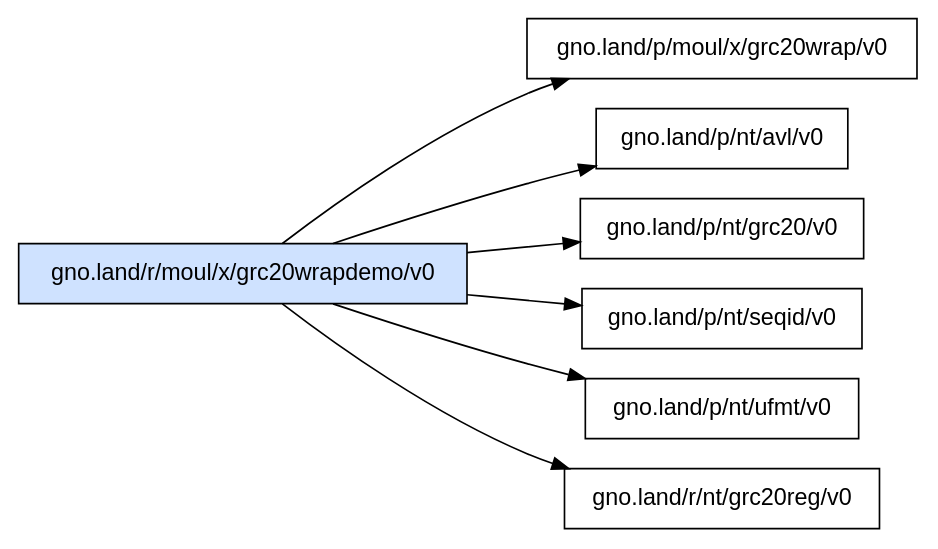
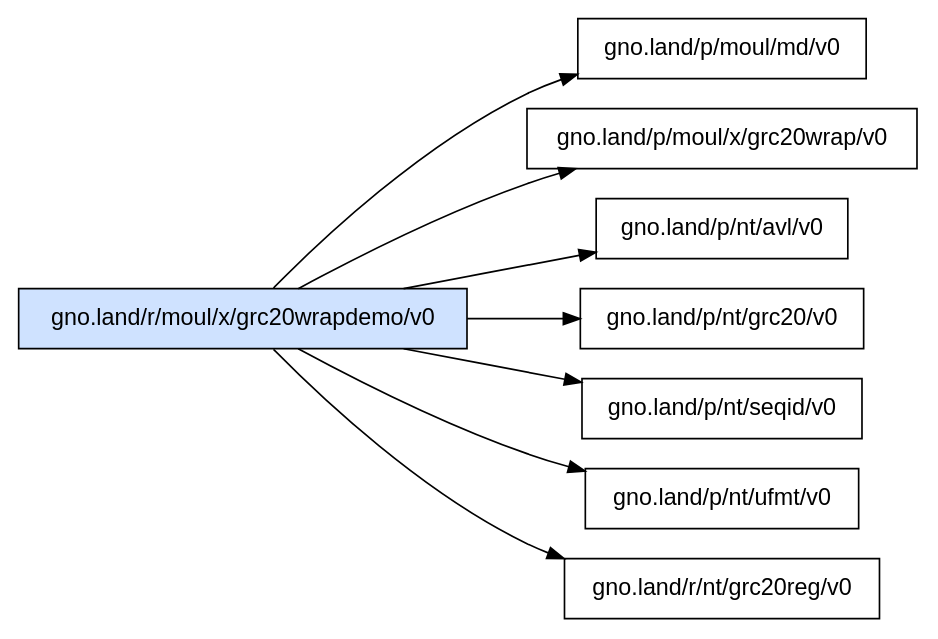
One commit to moul/gno-contracts changed the diagram in _assets/gno.land/r/moul/x/grc20wrapdemo/v0/deps.dot. Above: the diagram before and after it, drawn with Graphviz. The commit also changed 22 other files, not shown here.

Commit message:
chore: regenerate catalog, graphs and on-chain status [skip ci]

```diff
--- a/_assets/gno.land/r/moul/x/grc20wrapdemo/v0/deps.dot
+++ b/_assets/gno.land/r/moul/x/grc20wrapdemo/v0/deps.dot
@@ -1,11 +1,12 @@
 digraph deps {
   rankdir=LR;
   node [shape=box, fontname="sans-serif"];
   "gno.land/r/moul/x/grc20wrapdemo/v0" [style=filled, fillcolor="#cfe2ff"];
+  "gno.land/r/moul/x/grc20wrapdemo/v0" -> "gno.land/p/moul/md/v0";
   "gno.land/r/moul/x/grc20wrapdemo/v0" -> "gno.land/p/moul/x/grc20wrap/v0";
   "gno.land/r/moul/x/grc20wrapdemo/v0" -> "gno.land/p/nt/avl/v0";
   "gno.land/r/moul/x/grc20wrapdemo/v0" -> "gno.land/p/nt/grc20/v0";
   "gno.land/r/moul/x/grc20wrapdemo/v0" -> "gno.land/p/nt/seqid/v0";
   "gno.land/r/moul/x/grc20wrapdemo/v0" -> "gno.land/p/nt/ufmt/v0";
   "gno.land/r/moul/x/grc20wrapdemo/v0" -> "gno.land/r/nt/grc20reg/v0";
 }
```
